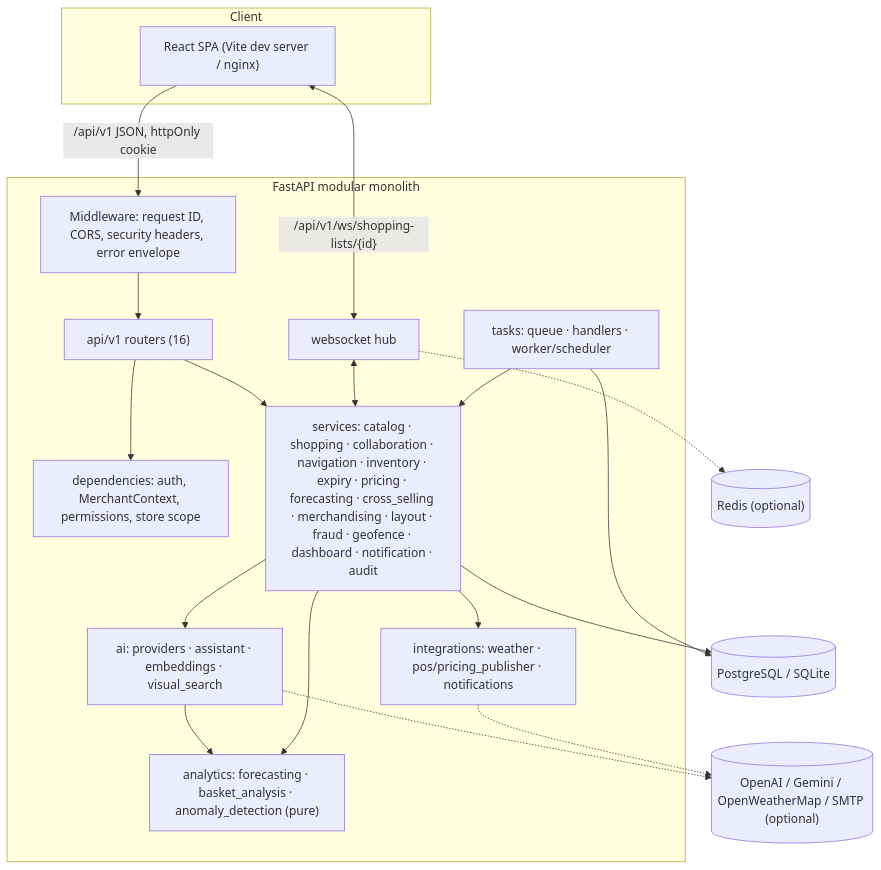
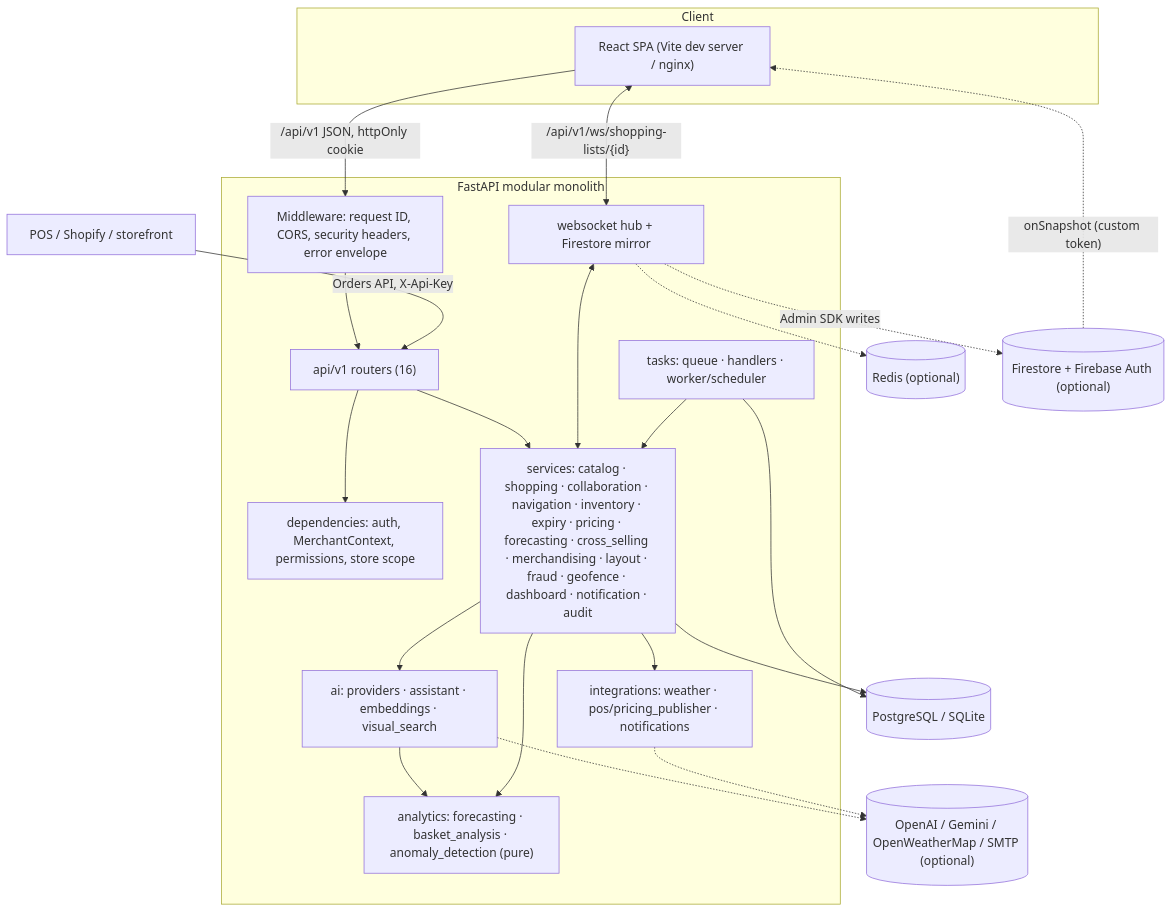
One commit to XeHunter/Ai_builder changed the first of 7 diagrams in TECHNICAL_README.md. Above: the diagram before and after it, drawn with Mermaid. The commit also changed other lines of this file and 9 other files, not shown here.

````diff
--- a/TECHNICAL_README.md
+++ b/TECHNICAL_README.md
@@ -178,32 +204,37 @@
 ```mermaid
 flowchart TB
   subgraph Client
     SPA["React SPA (Vite dev server / nginx)"]
   end
   subgraph Backend["FastAPI modular monolith"]
     MW["Middleware: request ID, CORS, security headers, error envelope"]
     API["api/v1 routers (16)"]
     DEP["dependencies: auth, MerchantContext, permissions, store scope"]
     SVC["services: catalog · shopping · collaboration · navigation · inventory · expiry · pricing · forecasting · cross_selling · merchandising · layout · fraud · geofence · dashboard · notification · audit"]
     AIL["ai: providers · assistant · embeddings · visual_search"]
     ANA["analytics: forecasting · basket_analysis · anomaly_detection (pure)"]
     INT["integrations: weather · pos/pricing_publisher · notifications"]
-    HUB["websocket hub"]
+    HUB["websocket hub + Firestore mirror"]
     Q["tasks: queue · handlers · worker/scheduler"]
   end
   DB[("PostgreSQL / SQLite")]
   REDIS[("Redis (optional)")]
   EXT[("OpenAI / Gemini / OpenWeatherMap / SMTP (optional)")]
+  FS[("Firestore + Firebase Auth (optional)")]
+  POS["POS / Shopify / storefront"]
   SPA -->|"/api/v1 JSON, httpOnly cookie"| MW --> API --> DEP
   SPA <-->|"/api/v1/ws/shopping-lists/{id}"| HUB
   API --> SVC --> DB
   SVC --> AIL --> ANA
   SVC --> ANA
   SVC --> INT
   HUB <--> SVC
   HUB -.-> REDIS
   Q --> SVC
   Q --> DB
   AIL -.-> EXT
   INT -.-> EXT
+  HUB -.->|"Admin SDK writes"| FS
+  FS -.->|"onSnapshot (custom token)"| SPA
+  POS -->|"Orders API, X-Api-Key"| API
 ```
````
